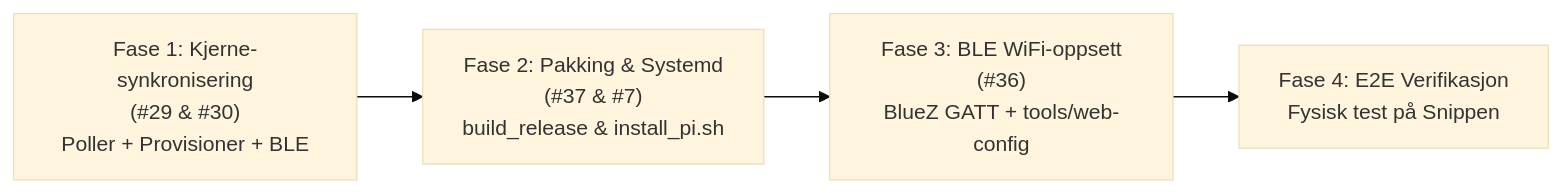
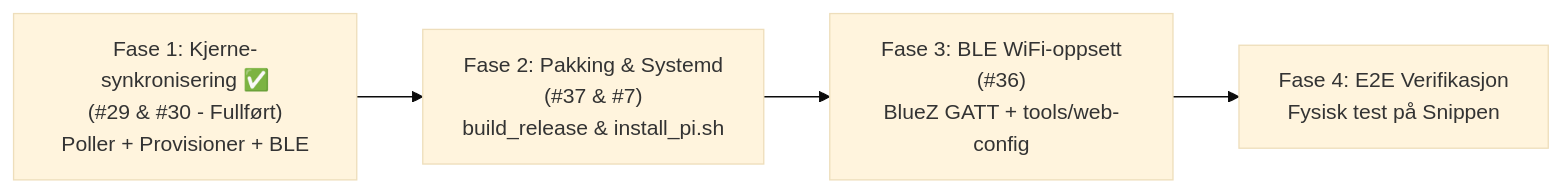
The second of 2 diagrams in docs/production_roadmap.md (jonasfh/snippen-doorman-service), drawn with Mermaid (base theme) before and after one commit. The commit also changed other lines of this file and 11 other files, not shown here.

````diff
--- a/docs/production_roadmap.md
+++ b/docs/production_roadmap.md
@@ -48,11 +48,11 @@
 ```mermaid
 flowchart LR
-    Fase1["Fase 1: Kjerne-synkronisering\n(#29 & #30)\nPoller + Provisioner + BLE"]
+    Fase1["Fase 1: Kjerne-synkronisering ✅\n(#29 & #30 - Fullført)\nPoller + Provisioner + BLE"]
     Fase2["Fase 2: Pakking & Systemd\n(#37 & #7)\nbuild_release & install_pi.sh"]
     Fase3["Fase 3: BLE WiFi-oppsett\n(#36)\nBlueZ GATT + tools/web-config"]
     Fase4["Fase 4: E2E Verifikasjon\nFysisk test på Snippen"]
 
     Fase1 --> Fase2
     Fase2 --> Fase3
     Fase3 --> Fase4
 ```
````
